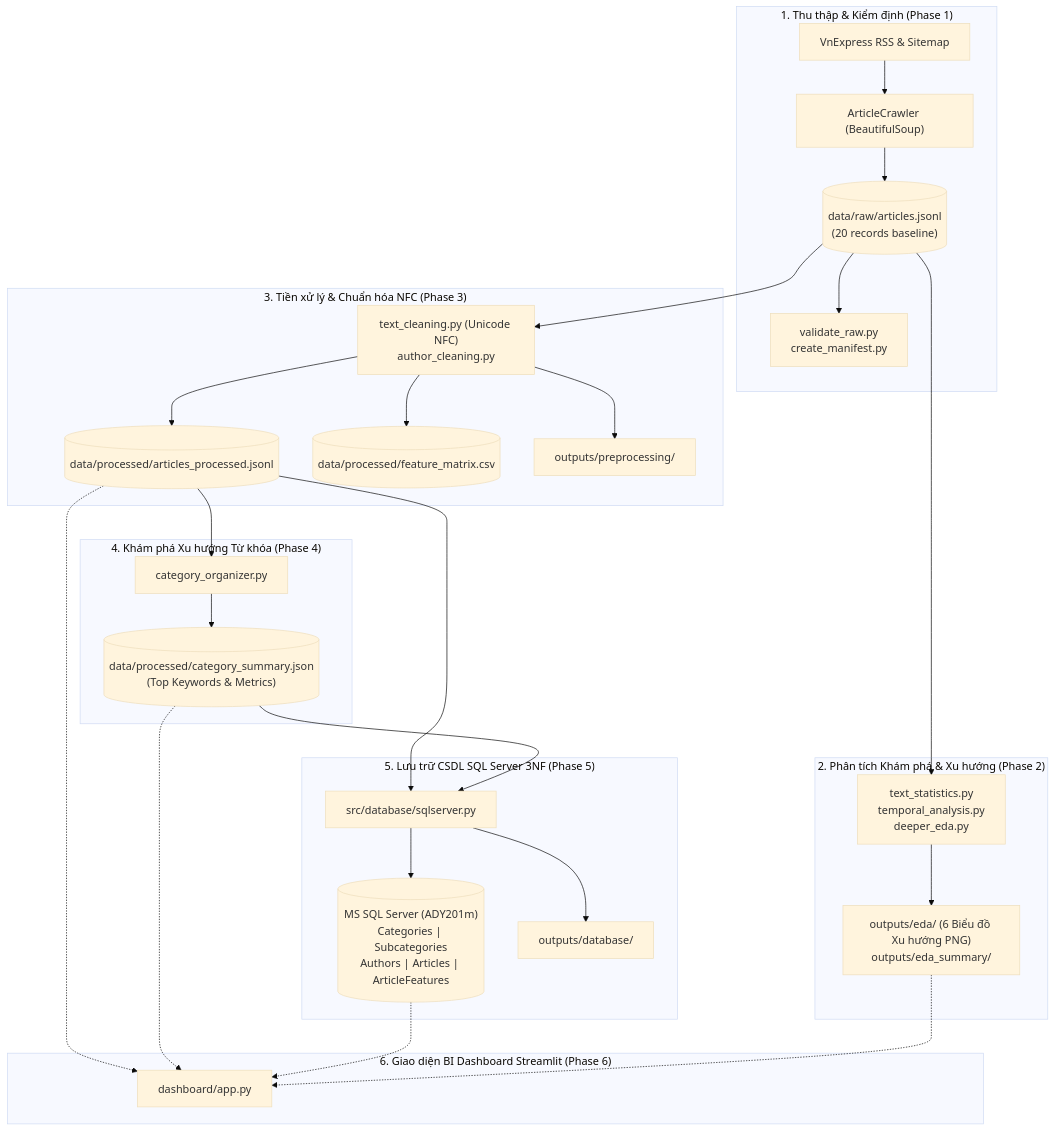
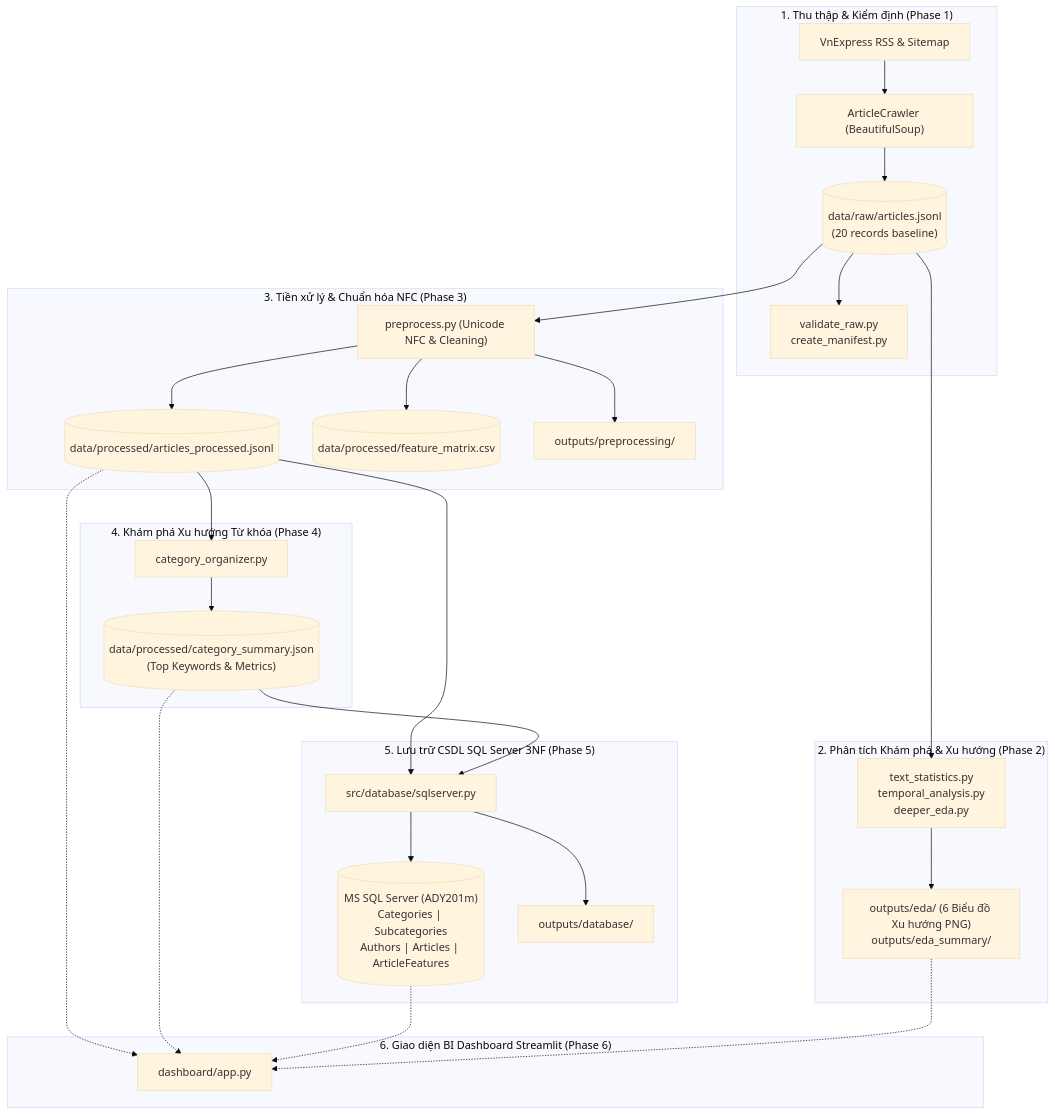
Before and after one commit to Trunghieu2007/ADY201m-Project: the diagram in README.md, drawn with Mermaid (base theme). The commit also changed other lines of this file and 8 other files, not shown here.

````diff
--- a/README.md
+++ b/README.md
@@ -68,39 +68,39 @@
 ```mermaid
 flowchart TD
     subgraph Phase1["1. Thu thập & Kiểm định (Phase 1)"]
         RSS["VnExpress RSS & Sitemap"] --> Crawler["ArticleCrawler (BeautifulSoup)"]
         Crawler --> RawJSONL[("data/raw/articles.jsonl\n(20 records baseline)")]
         RawJSONL --> ValRaw["validate_raw.py\ncreate_manifest.py"]
     end
 
     subgraph Phase2["2. Phân tích Khám phá & Xu hướng (Phase 2)"]
         RawJSONL --> EDA["text_statistics.py\ntemporal_analysis.py\ndeeper_eda.py"]
         EDA --> EDAReports["outputs/eda/ (6 Biểu đồ Xu hướng PNG)\noutputs/eda_summary/"]
     end
 
     subgraph Phase3["3. Tiền xử lý & Chuẩn hóa NFC (Phase 3)"]
-        RawJSONL --> Preprocess["text_cleaning.py (Unicode NFC)\nauthor_cleaning.py"]
+        RawJSONL --> Preprocess["preprocess.py (Unicode NFC & Cleaning)"]
         Preprocess --> ProcessedJSONL[("data/processed/articles_processed.jsonl")]
         Preprocess --> FeatCSV[("data/processed/feature_matrix.csv")]
         Preprocess --> PrepReports["outputs/preprocessing/"]
     end
 
     subgraph Phase4["4. Khám phá Xu hướng Từ khóa (Phase 4)"]
         ProcessedJSONL --> Organizer["category_organizer.py"]
         Organizer --> TaxonomyJSON[("data/processed/category_summary.json\n(Top Keywords & Metrics)")]
     end
 
     subgraph Phase5["5. Lưu trữ CSDL SQL Server 3NF (Phase 5)"]
         ProcessedJSONL --> SQLServer["src/database/sqlserver.py"]
         TaxonomyJSON --> SQLServer
         SQLServer --> DBTables[("MS SQL Server (ADY201m)\nCategories | Subcategories\nAuthors | Articles | ArticleFeatures")]
         SQLServer --> DBReports["outputs/database/"]
     end
 
     subgraph Phase6["6. Giao diện BI Dashboard Streamlit (Phase 6)"]
         ProcessedJSONL -.-> Streamlit["dashboard/app.py"]
         TaxonomyJSON -.-> Streamlit
         DBTables -.-> Streamlit
         EDAReports -.-> Streamlit
     end
 ```
````
